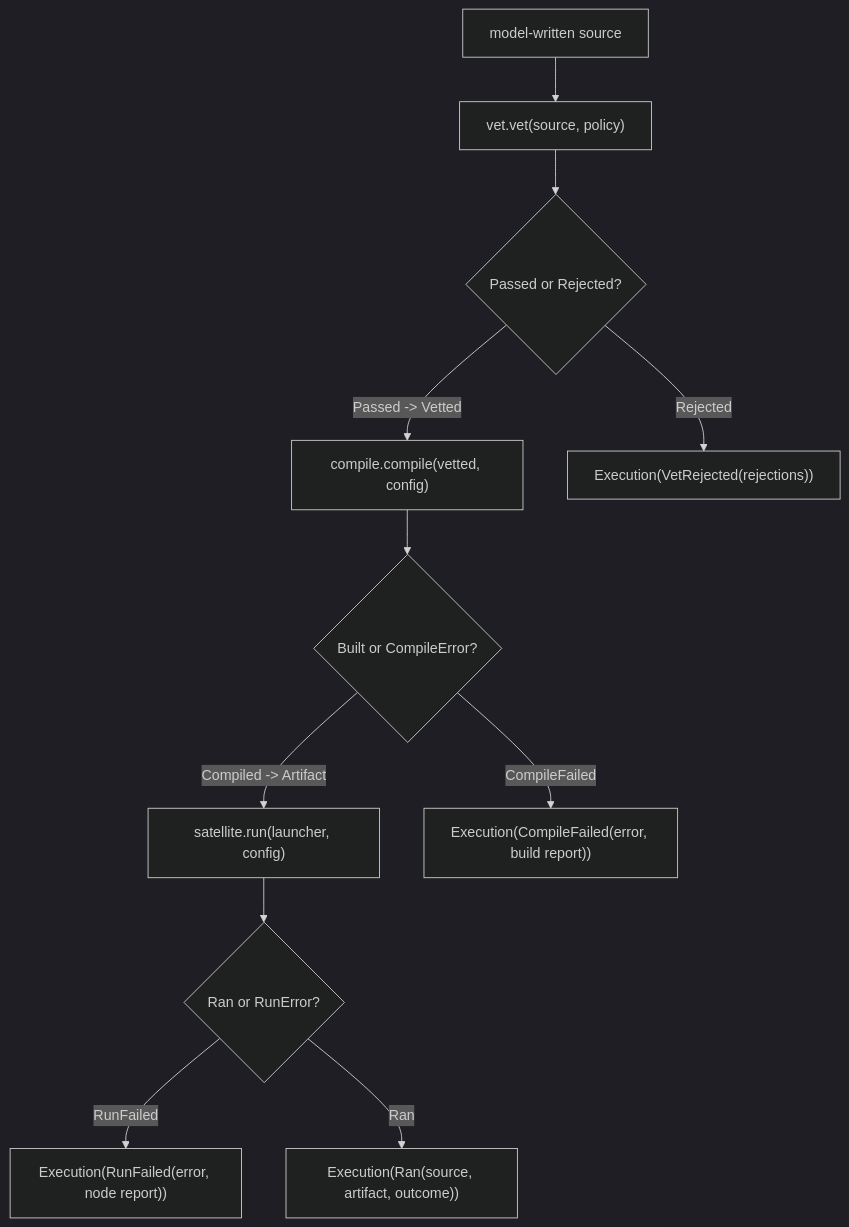
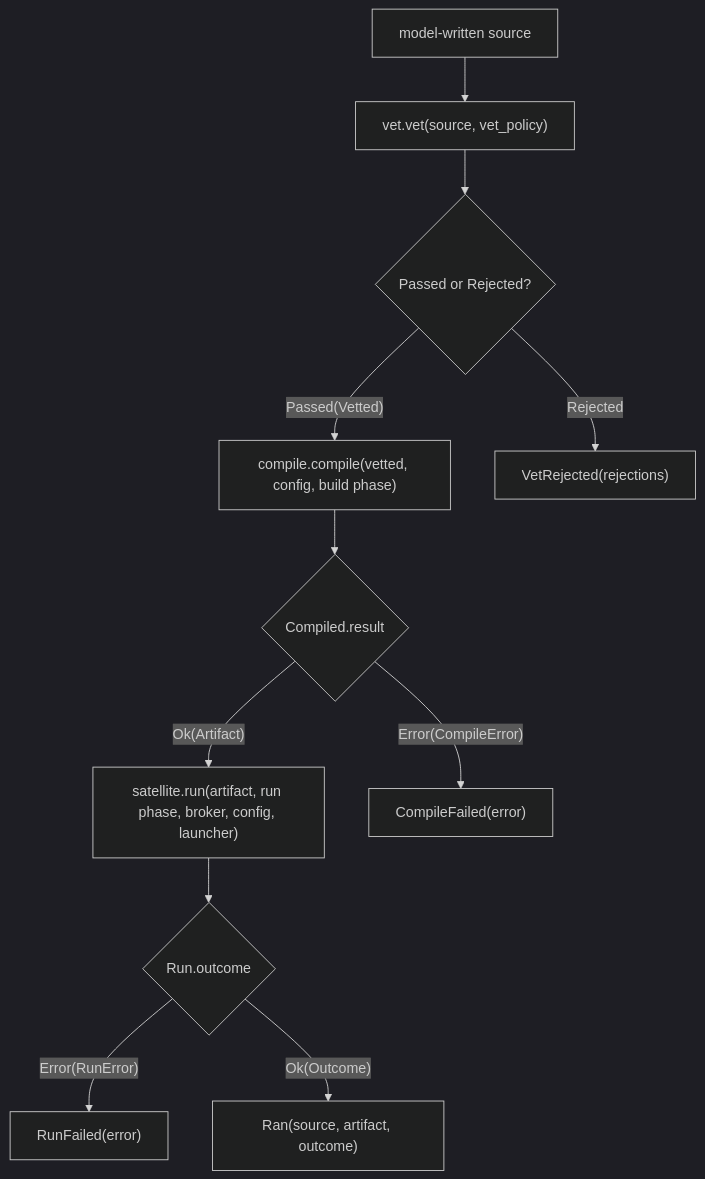
One commit to Roasbeef/loom changed the second of 3 diagrams in packages/codemode/README.md. Above: the diagram before and after it, drawn with Mermaid (dark theme). The commit also changed other lines of this file, not shown here.

````diff
--- a/packages/codemode/README.md
+++ b/packages/codemode/README.md
@@ -18,18 +52,18 @@
 ```mermaid
 flowchart TD
     SRC["model-written source"]
-    VET["vet.vet(source, policy)"]
+    VET["vet.vet(source, vet_policy)"]
     VETR{"Passed or Rejected?"}
-    COMP["compile.compile(vetted, config)"]
-    COMPR{"Built or CompileError?"}
-    LAUNCH["satellite.run(launcher, config)"]
-    LAUNCHR{"Ran or RunError?"}
+    COMP["compile.compile(vetted, config, build phase)"]
+    COMPR{"Compiled.result"}
+    LAUNCH["satellite.run(artifact, run phase, broker, config, launcher)"]
+    LAUNCHR{"Run.outcome"}
 
     SRC --> VET --> VETR
-    VETR -->|Rejected| OUT1["Execution(VetRejected(rejections))"]
-    VETR -->|"Passed -> Vetted"| COMP --> COMPR
-    COMPR -->|CompileFailed| OUT2["Execution(CompileFailed(error, build report))"]
-    COMPR -->|"Compiled -> Artifact"| LAUNCH --> LAUNCHR
-    LAUNCHR -->|RunFailed| OUT3["Execution(RunFailed(error, node report))"]
-    LAUNCHR -->|Ran| OUT4["Execution(Ran(source, artifact, outcome))"]
+    VETR -->|Rejected| OUT1["VetRejected(rejections)"]
+    VETR -->|"Passed(Vetted)"| COMP --> COMPR
+    COMPR -->|"Error(CompileError)"| OUT2["CompileFailed(error)"]
+    COMPR -->|"Ok(Artifact)"| LAUNCH --> LAUNCHR
+    LAUNCHR -->|"Error(RunError)"| OUT3["RunFailed(error)"]
+    LAUNCHR -->|"Ok(Outcome)"| OUT4["Ran(source, artifact, outcome)"]
 ```
````
